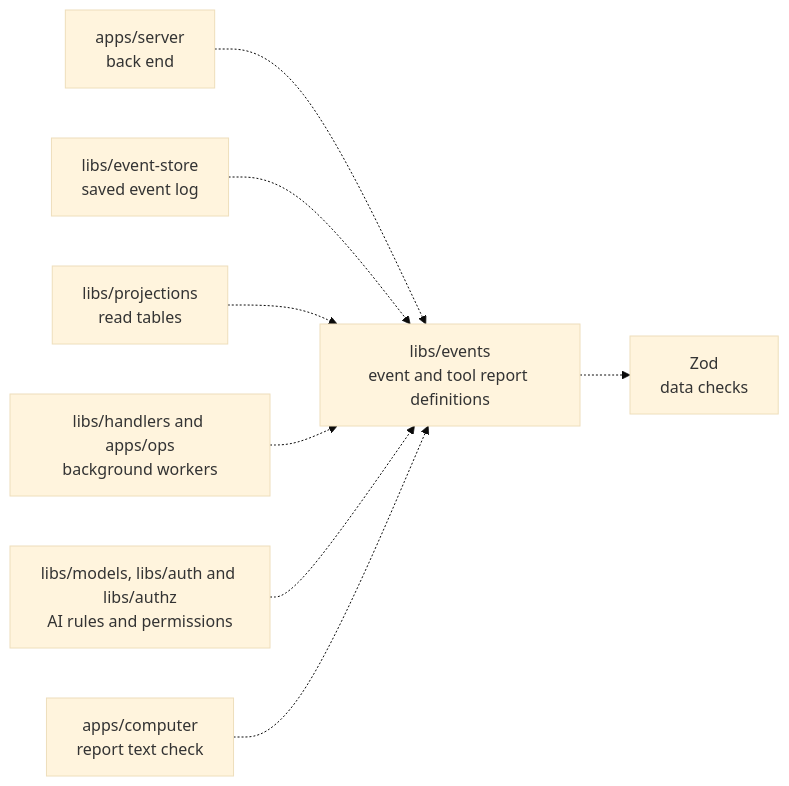
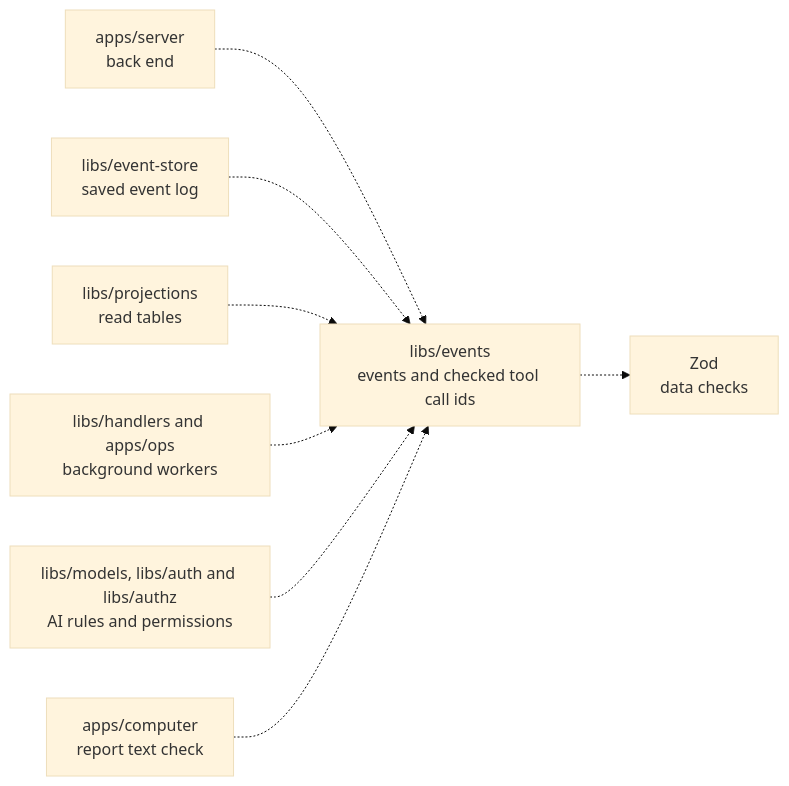
The diagram in libs/events/README.md (elewa-git/opencrane-new), drawn with Mermaid (base theme) before and after one commit. The commit also changed other lines of this file and 27 other files, not shown here.

````diff
--- a/libs/events/README.md
+++ b/libs/events/README.md
@@ -22,10 +22,10 @@
 ```mermaid
 flowchart LR
-  server["apps/server<br/>back end"] -.-> events["libs/events<br/>event and tool report definitions"]
+  server["apps/server<br/>back end"] -.-> events["libs/events<br/>events and checked tool call ids"]
   store["libs/event-store<br/>saved event log"] -.-> events
   projections["libs/projections<br/>read tables"] -.-> events
   workers["libs/handlers and apps/ops<br/>background workers"] -.-> events
   others["libs/models, libs/auth and libs/authz<br/>AI rules and permissions"] -.-> events
   computer["apps/computer<br/>report text check"] -.-> events
   events -.-> zod["Zod<br/>data checks"]
 ```
````
